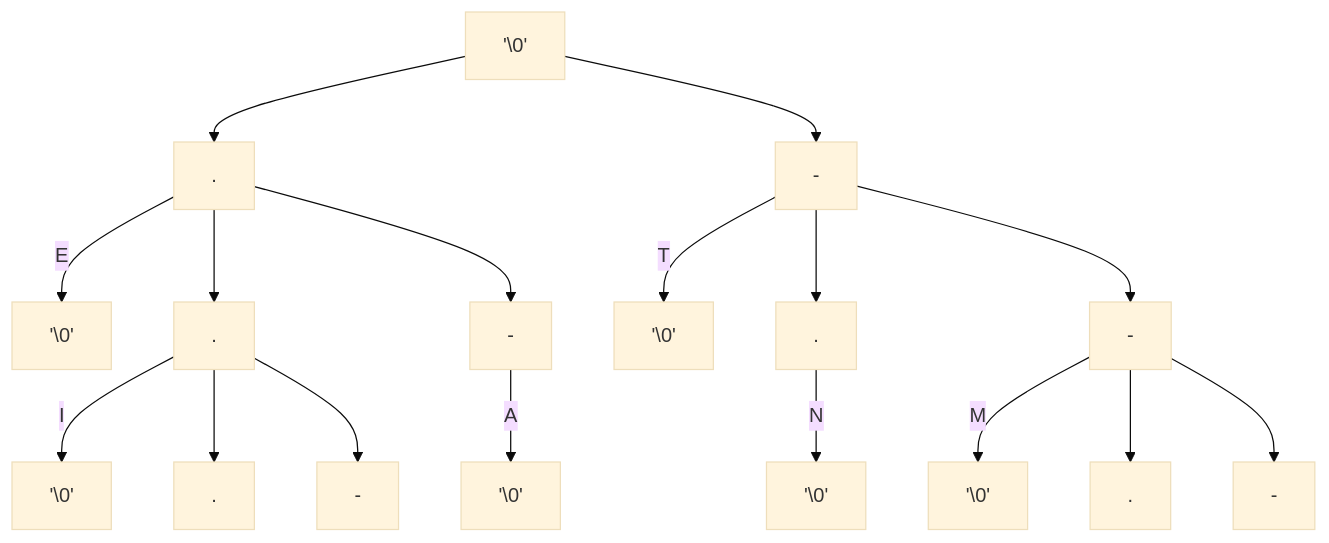
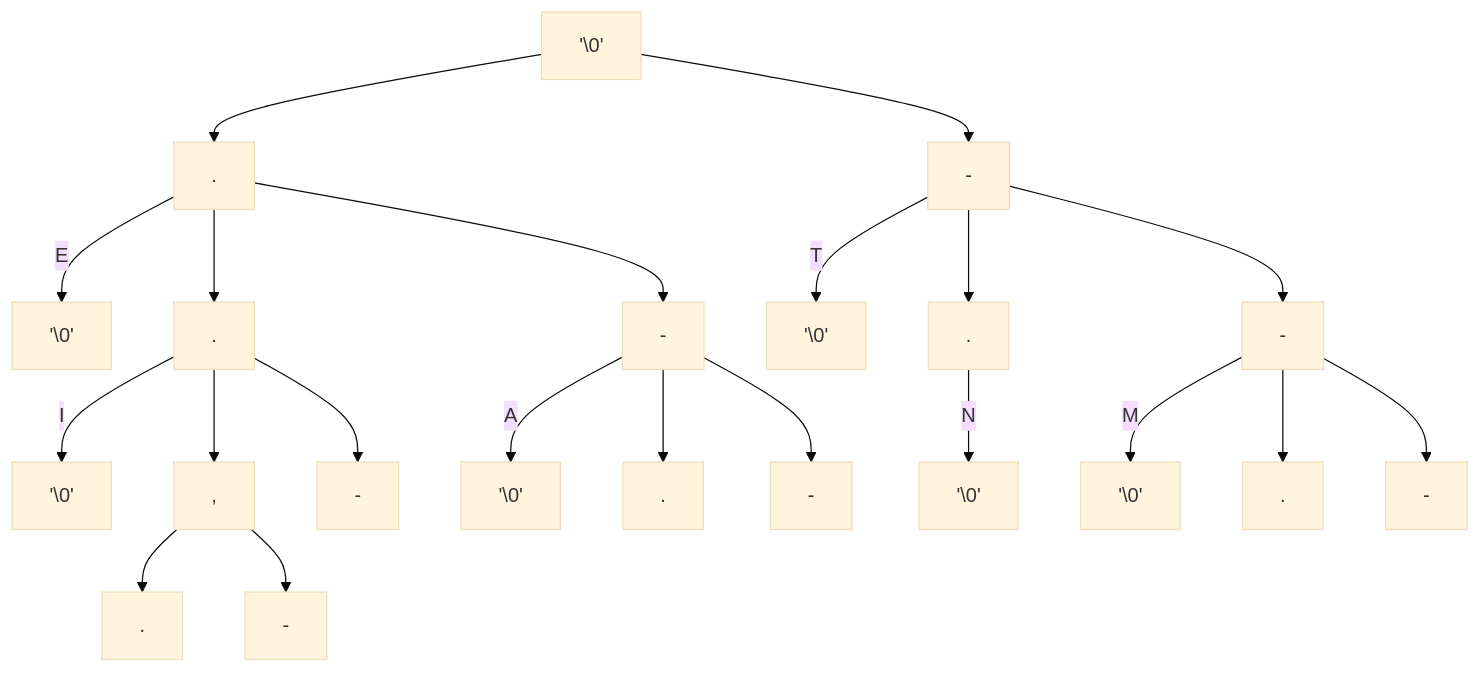
Before and after one commit to mmcnally1/arduino-projects: the second of 2 diagrams in morse-code/README.md, drawn with Mermaid (base theme).

````diff
--- a/morse-code/README.md
+++ b/morse-code/README.md
@@ -27,20 +27,24 @@
 ```mermaid
 graph TD;
 A['\0'] --> B[.]
 A['\0'] --> H[-]
 B[.] -- E --> C['\0']
 B[.] --> D[.]
 D[.] -- I --> E['\0']
 B[.] --> F[-]
 F[-] -- A --> G['\0']
 H[-] -- T --> I['\0']
 H[-] --> J[.]
 J[.] -- N --> K['\0']
 H[-] --> L[-]
 L[-] -- M --> M['\0']
 D[.] --> N[.]
 D[.] --> O[-]
 L[-] --> P[.]
 L[-] --> Q[-]
+F[-] --> R[.]
+F[-] --> S[-]
+N[.] --> T[.]
+N[,] --> U[-]
 
 ```
````
